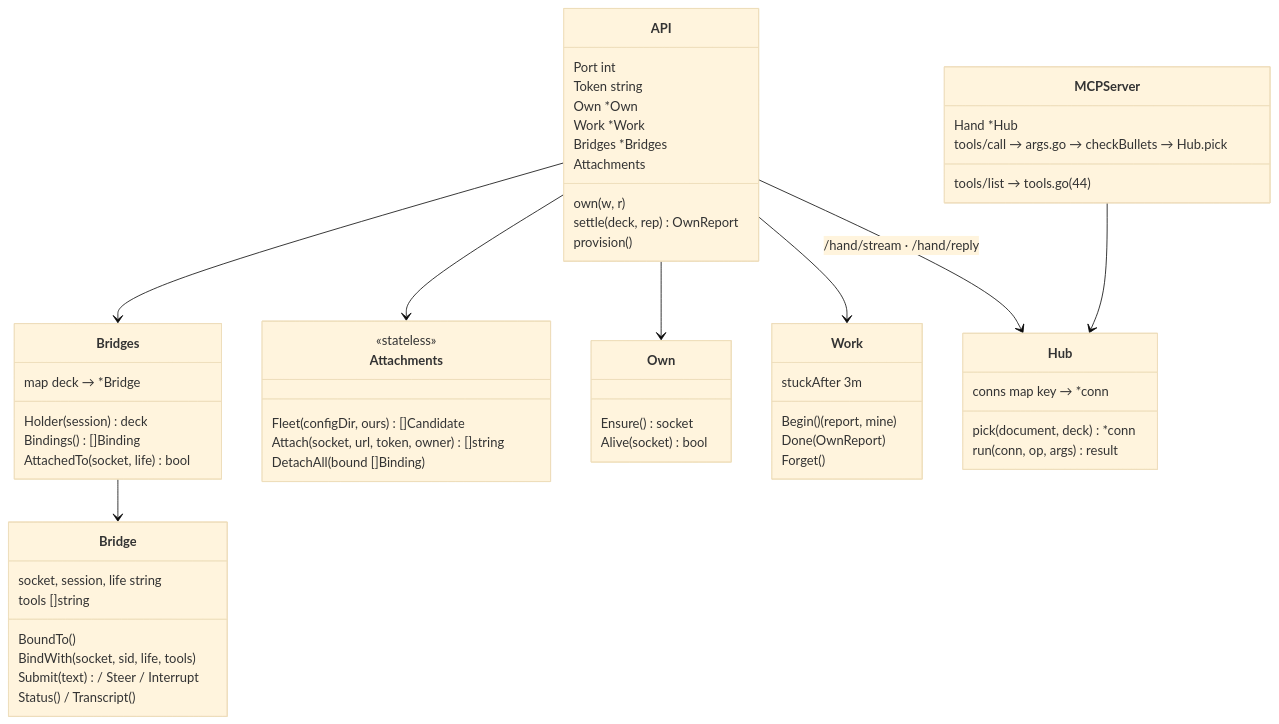
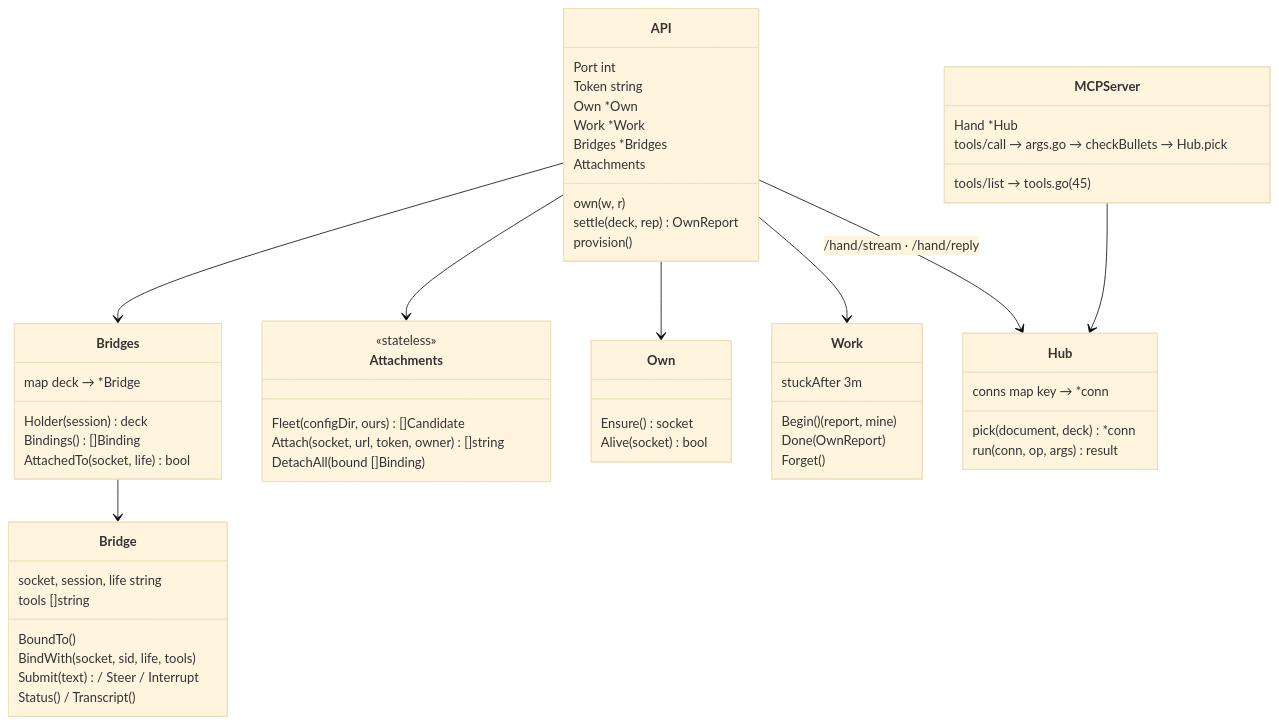
Before and after one commit to sayaya1090/magi: the fifth of 7 diagrams in clients/powerpoint/docs/DIAGRAMS.ko.md, drawn with Mermaid (base theme). The commit also changed other lines of this file and 10 other files, not shown here.

````diff
--- a/clients/powerpoint/docs/DIAGRAMS.ko.md
+++ b/clients/powerpoint/docs/DIAGRAMS.ko.md
@@ -145,61 +145,61 @@
 ```mermaid
 classDiagram
   class API {
     Port int
     Token string
     Own *Own
     Work *Work
     Bridges *Bridges
     Attachments
     own(w, r)
     settle(deck, rep) OwnReport
     provision()
   }
   class Bridges {
     map deck → *Bridge
     Holder(session) deck
     Bindings() []Binding
     AttachedTo(socket, life) bool
   }
   class Bridge {
     socket, session, life string
     tools []string
     BoundTo()
     BindWith(socket, sid, life, tools)
     Submit(text) / Steer / Interrupt
     Status() / Transcript()
   }
   class Attachments {
     <<stateless>>
     Fleet(configDir, ours) []Candidate
     Attach(socket, url, token, owner) []string
     DetachAll(bound []Binding)
   }
   class Own {
     Ensure() socket
     Alive(socket) bool
   }
   class Work {
     Begin() (report, mine)
     Done(OwnReport)
     Forget()
     stuckAfter 3m
   }
   class Hub {
     conns map key → *conn
     pick(document, deck) *conn
     run(conn, op, args) result
   }
   class MCPServer {
     Hand *Hub
-    tools/list → tools.go (44)
+    tools/list → tools.go (45)
     tools/call → args.go → checkBullets → Hub.pick
   }
   API --> Bridges
   API --> Attachments
   API --> Own
   API --> Work
   Bridges --> Bridge
   MCPServer --> Hub
   API --> Hub : /hand/stream · /hand/reply
 ```
````
